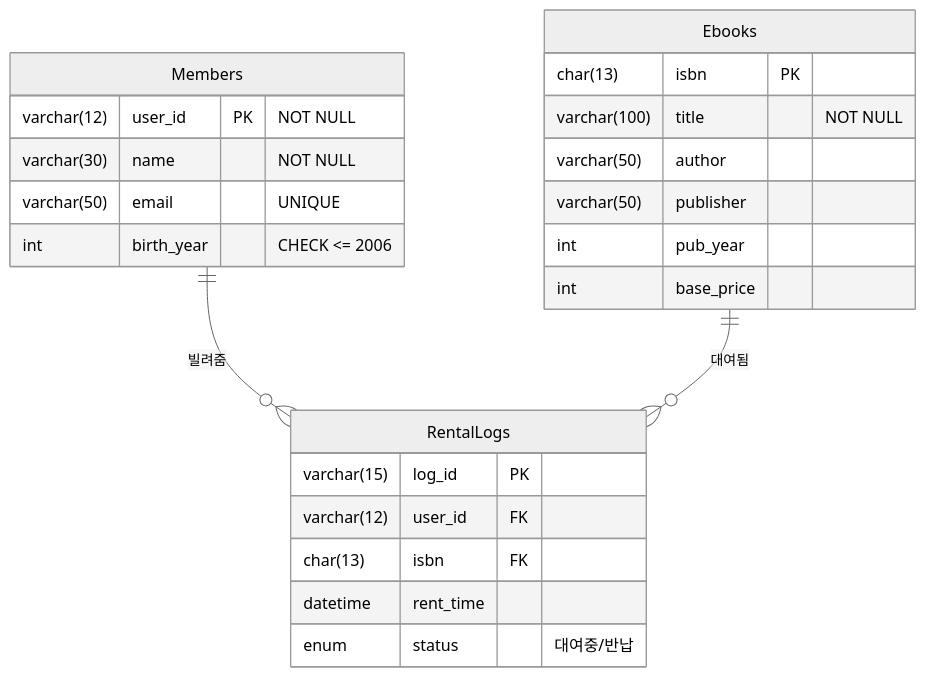
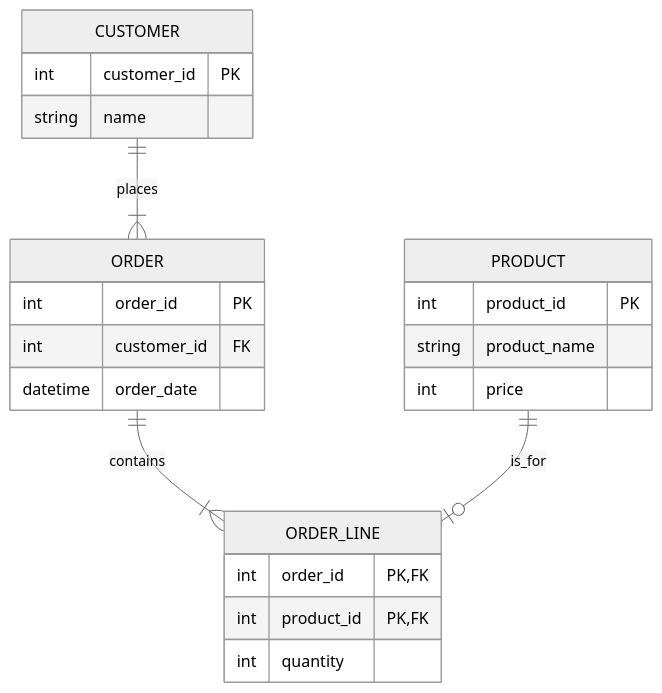
Before and after one commit to hanaoverride/data-scientist-cookbook-for-korean: the diagram in Chapter I. 기반지식 학습/4. 데이터베이스 이론/1. DB 설계의 첫걸음/2. 데이터베이스 구성하기.md, drawn with Mermaid (neutral theme). The commit also changed other lines of this file and 132 other files, not shown here.

````diff
--- a/Chapter I. 기반지식 학습/4. 데이터베이스 이론/1. DB 설계의 첫걸음/2. 데이터베이스 구성하기.md
+++ b/Chapter I. 기반지식 학습/4. 데이터베이스 이론/1. DB 설계의 첫걸음/2. 데이터베이스 구성하기.md
@@ -231,29 +83,26 @@
 ```mermaid
 erDiagram
-    Members ||--o{ RentalLogs : "빌려줌"
-    Ebooks ||--o{ RentalLogs : "대여됨"
-    
-    Members {
-        varchar(12) user_id PK "NOT NULL"
-        varchar(30) name "NOT NULL"
-        varchar(50) email "UNIQUE"
-        int birth_year "CHECK <= 2006"
+    CUSTOMER ||--|{ ORDER : "places"
+    ORDER ||--|{ ORDER_LINE : "contains"
+    PRODUCT ||--o| ORDER_LINE : "is_for"
+
+    CUSTOMER {
+        int customer_id PK
+        string name
     }
-    
-    Ebooks {
-        char(13) isbn PK
-        varchar(100) title "NOT NULL"
-        varchar(50) author
-        varchar(50) publisher
-        int pub_year
-        int base_price
+    ORDER {
+        int order_id PK
+        int customer_id FK
+        datetime order_date
     }
-    
-    RentalLogs {
-        varchar(15) log_id PK
-        varchar(12) user_id FK
-        char(13) isbn FK
-        datetime rent_time
-        enum status "대여중/반납"
+    PRODUCT {
+        int product_id PK
+        string product_name
+        int price
+    }
+    ORDER_LINE {
+        int order_id PK, FK
+        int product_id PK, FK
+        int quantity
     }
 ```
````
